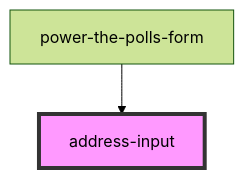
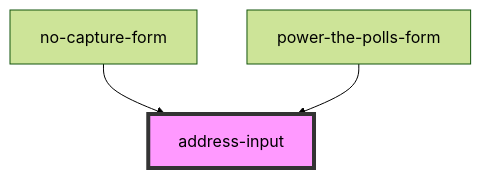
One commit to pizza-to-the-polls/power-the-polls changed the diagram in site/src/components/address-input/readme.md. Above: the diagram before and after it, drawn with Mermaid (forest theme). The commit also changed other lines of this file and 8 other files, not shown here.

````diff
--- a/site/src/components/address-input/readme.md
+++ b/site/src/components/address-input/readme.md
@@ -24,5 +25,6 @@
 ```mermaid
 graph TD;
+  no-capture-form --> address-input
   power-the-polls-form --> address-input
   style address-input fill:#f9f,stroke:#333,stroke-width:4px
 ```
````
